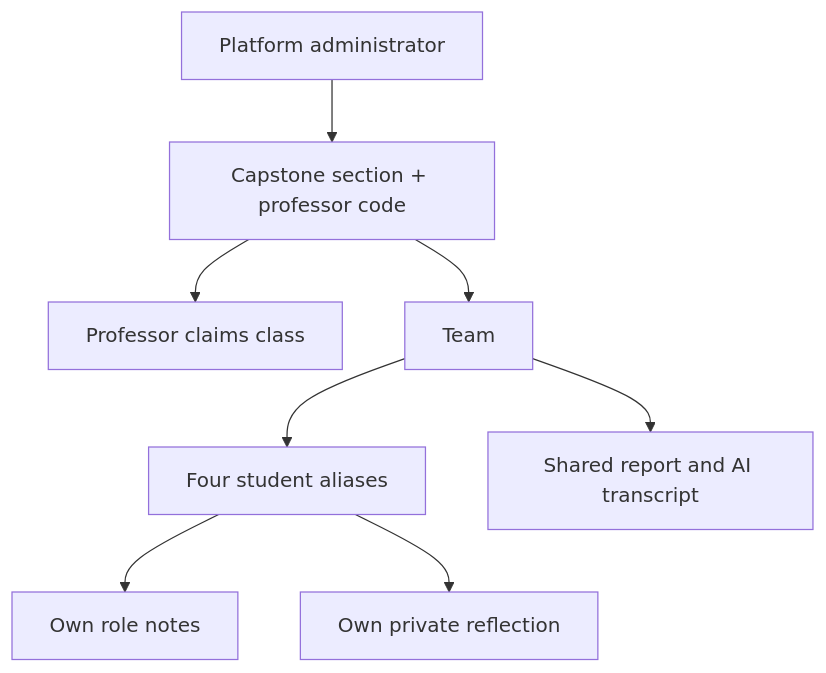
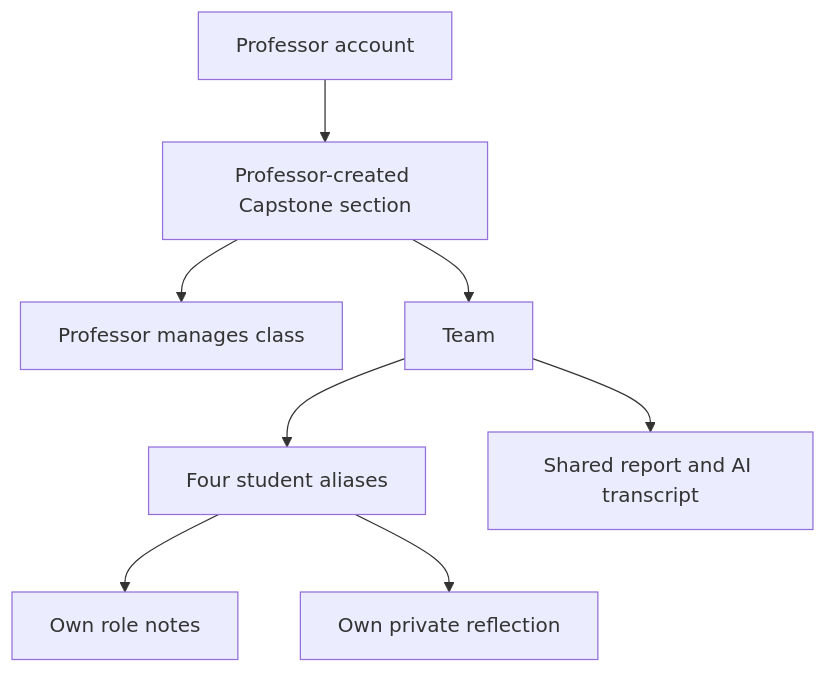
Before and after one commit to emilyemo/coolhack-cyber-academy: the second of 2 diagrams in docs/ARCHITECTURE.md, drawn with Mermaid. The commit also changed other lines of this file and 13 other files, not shown here.

````diff
--- a/docs/ARCHITECTURE.md
+++ b/docs/ARCHITECTURE.md
@@ -29,10 +29,10 @@
 ```mermaid
 flowchart TD
-    A["Platform administrator"] --> B["Capstone section + professor code"]
-    B --> C["Professor claims class"]
+    A["Professor account"] --> B["Professor-created Capstone section"]
+    B --> C["Professor manages class"]
     B --> D["Team"]
     D --> E["Four student aliases"]
     D --> F["Shared report and AI transcript"]
     E --> G["Own role notes"]
     E --> H["Own private reflection"]
 ```
````
